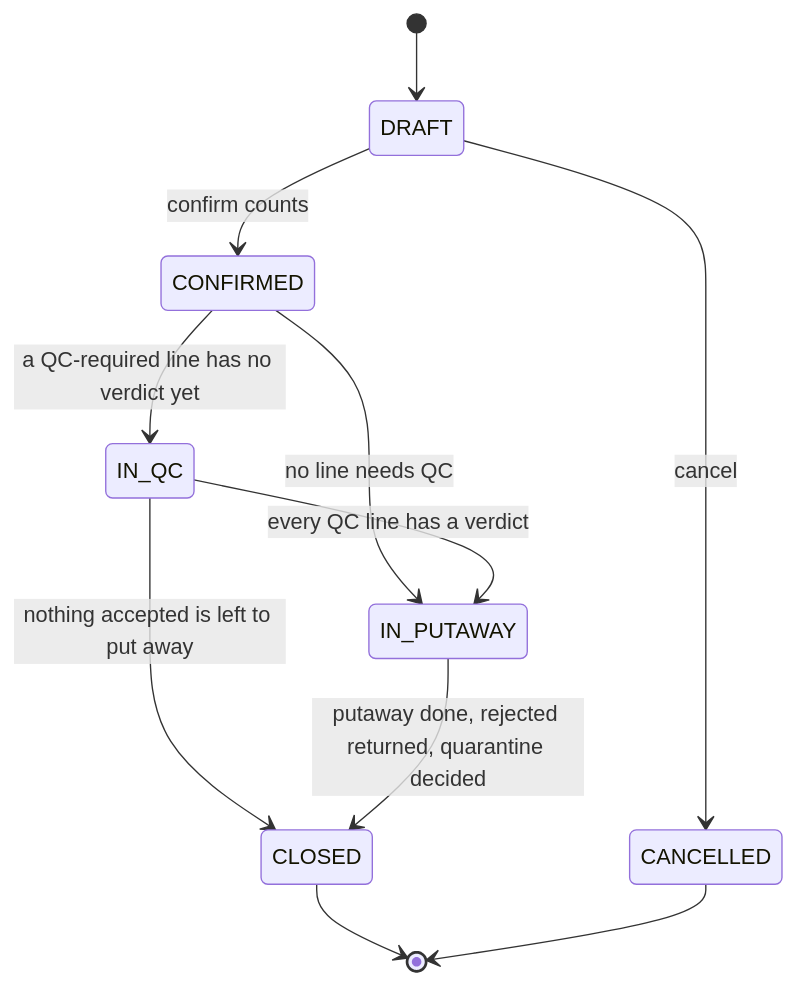
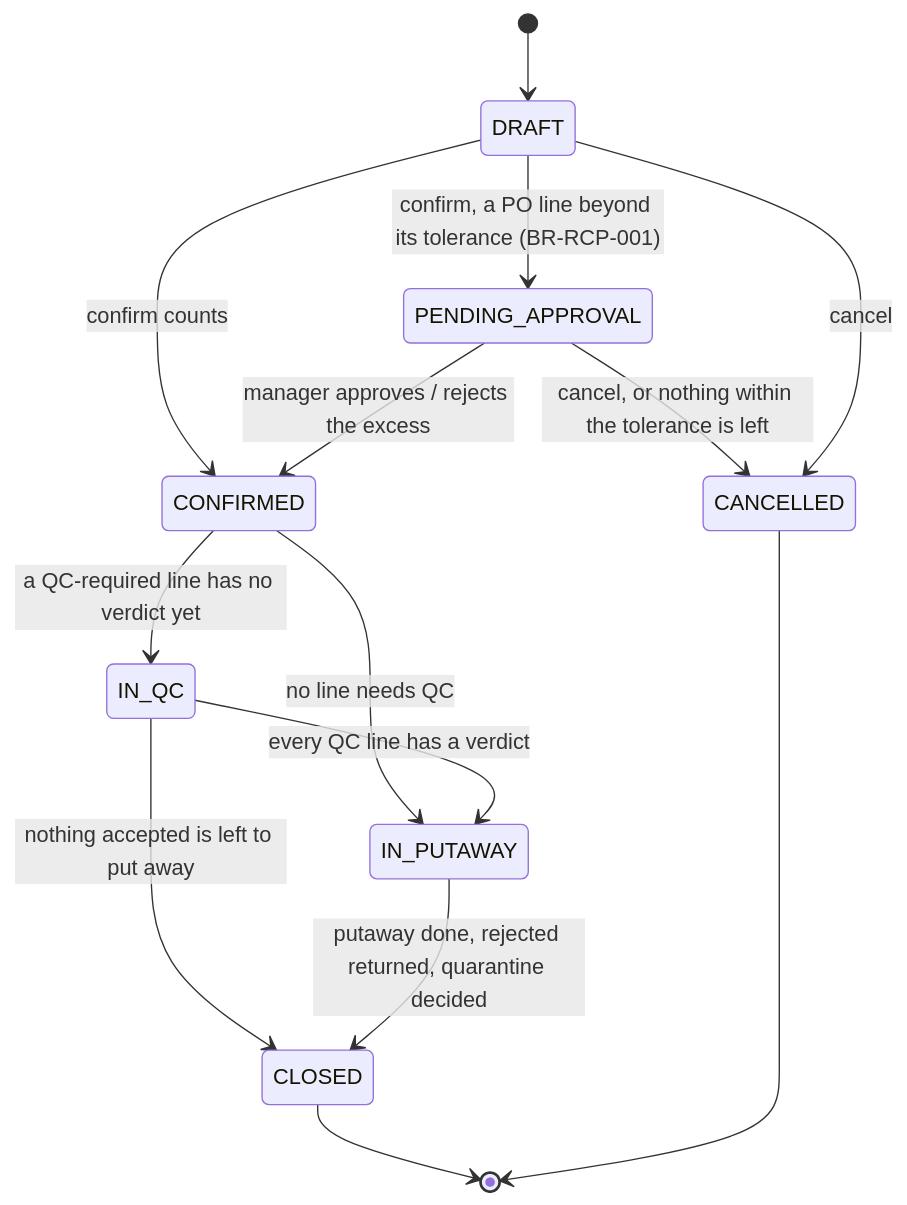
The third of 19 diagrams in docs/business-design/03-state-machines.md (KLTN-FA26/be-backoffice-stockflow-commerce), drawn with Mermaid before and after one commit. The commit also changed other lines of this file and 1 other file, not shown here.

Commit message:
docs(procurement): BR-RCP-001 over-receipt approval and PENDING_APPROVAL state (SCRUM-477)

````diff
--- a/docs/business-design/03-state-machines.md
+++ b/docs/business-design/03-state-machines.md
@@ -117,13 +117,16 @@
 ```mermaid
 stateDiagram-v2
     [*] --> DRAFT
     DRAFT --> CONFIRMED: confirm counts
+    DRAFT --> PENDING_APPROVAL: confirm, a PO line beyond its tolerance (BR-RCP-001)
+    PENDING_APPROVAL --> CONFIRMED: manager approves / rejects the excess
+    PENDING_APPROVAL --> CANCELLED: cancel, or nothing within the tolerance is left
     DRAFT --> CANCELLED: cancel
     CONFIRMED --> IN_QC: a QC-required line has no verdict yet
     CONFIRMED --> IN_PUTAWAY: no line needs QC
     IN_QC --> IN_PUTAWAY: every QC line has a verdict
     IN_QC --> CLOSED: nothing accepted is left to put away
     IN_PUTAWAY --> CLOSED: putaway done, rejected returned, quarantine decided
     CLOSED --> [*]
     CANCELLED --> [*]
 ```
````
